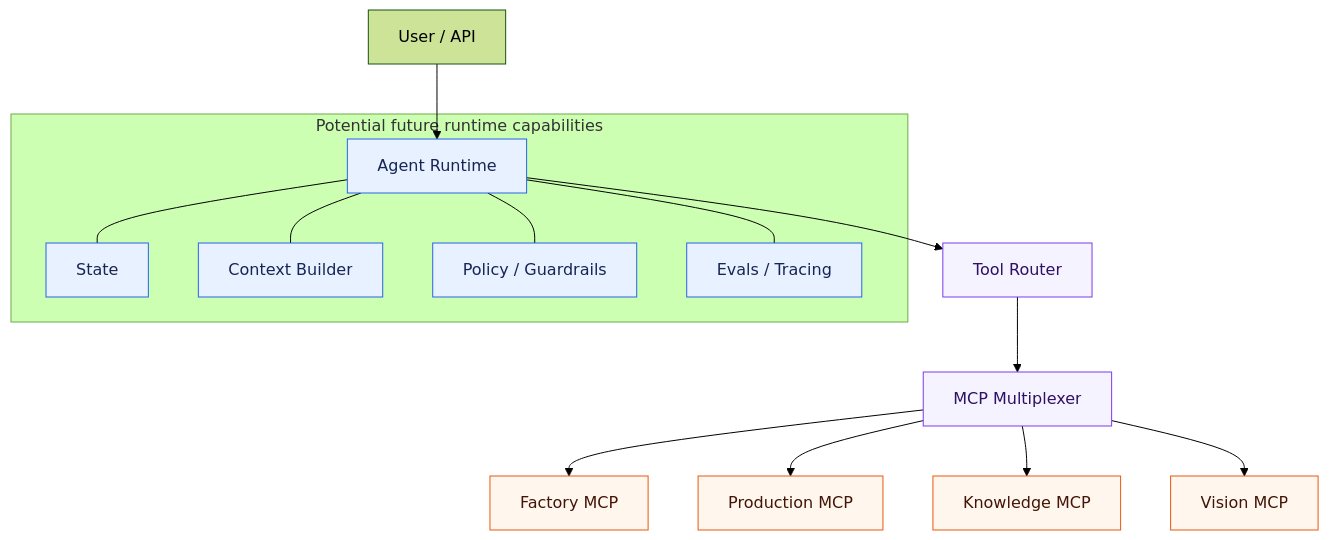
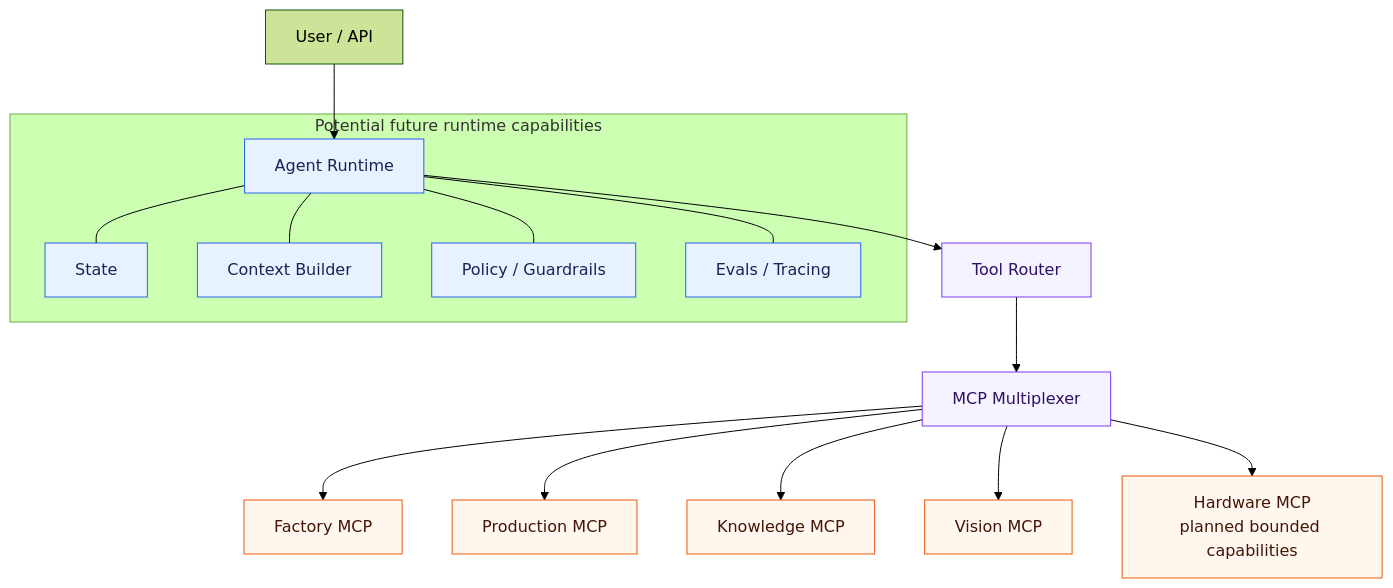
Before and after one commit to aboerzel/industrial-ai-agent: diagram 17 of 19 in docs/architecture/overview.md, drawn with Mermaid (forest theme). The commit also changed other lines of this file and 2 other files, not shown here.

First line of the commit message:
docs: add physical device recovery architecture

````diff
--- a/docs/architecture/overview.md
+++ b/docs/architecture/overview.md
@@ -1033,30 +1033,31 @@
 ```mermaid
 flowchart TD
     U["User / API"] --> AR["Agent Runtime"]
 
     subgraph Runtime["Potential future runtime capabilities"]
         AR
         State["State"]
         Context["Context Builder"]
         Policy["Policy / Guardrails"]
         Observability["Evals / Tracing"]
         AR --- State
         AR --- Context
         AR --- Policy
         AR --- Observability
     end
 
     AR --> Router["Tool Router"]
     Router --> Multiplexer["MCP Multiplexer"]
     Multiplexer --> Factory["Factory MCP"]
     Multiplexer --> Production["Production MCP"]
     Multiplexer --> Knowledge["Knowledge MCP"]
     Multiplexer --> Vision["Vision MCP"]
+    Multiplexer --> Hardware["Hardware MCP<br/>planned bounded capabilities"]
 
     classDef runtime fill:#e8f1ff,stroke:#2563eb,color:#172554
     classDef routing fill:#f5f3ff,stroke:#7c3aed,color:#2e1065
     classDef service fill:#fff7ed,stroke:#ea580c,color:#431407
     class AR,State,Context,Policy,Observability runtime
     class Router,Multiplexer routing
-    class Factory,Production,Knowledge,Vision service
+    class Factory,Production,Knowledge,Vision,Hardware service
 ```
````
